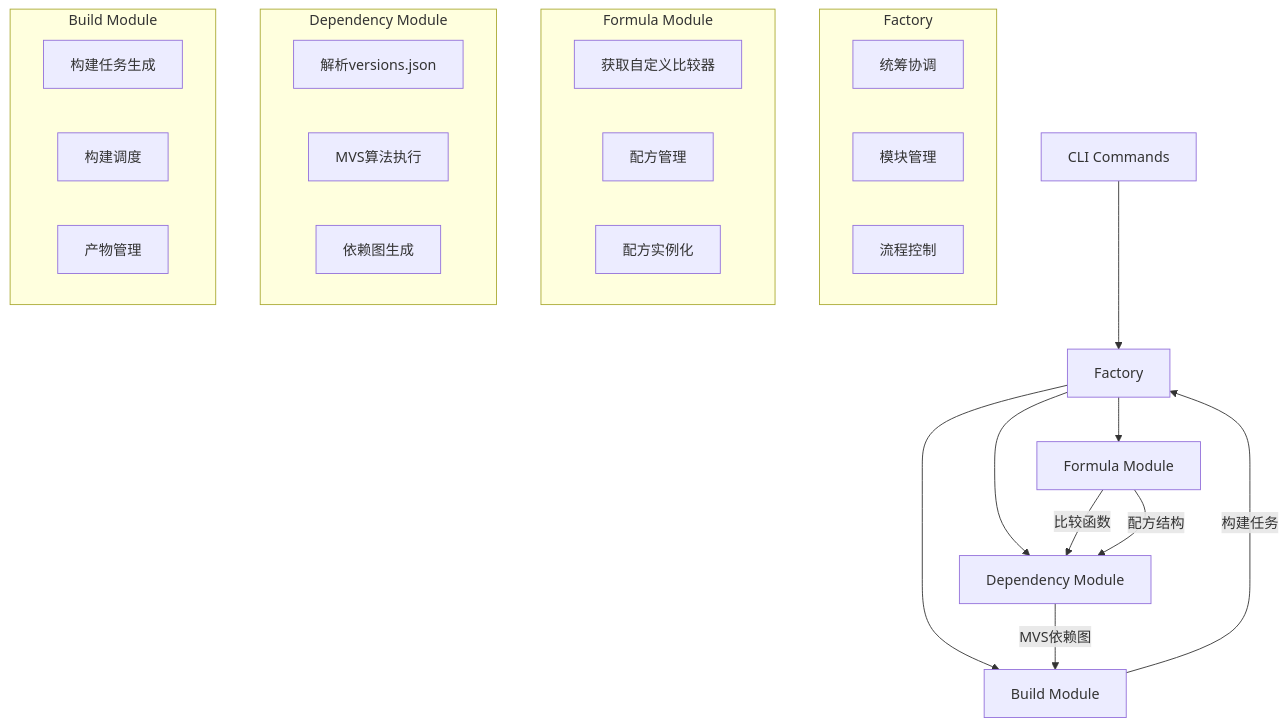
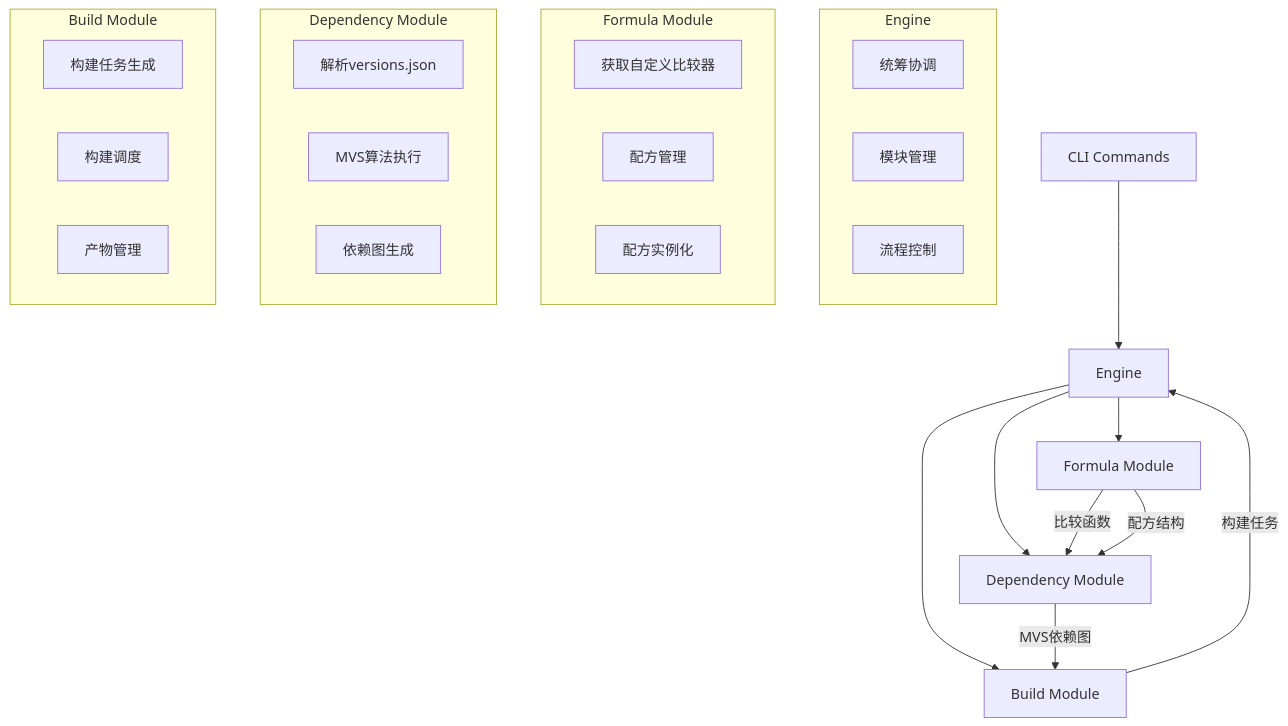
One commit to goplus/llar changed the first of 12 diagrams in docs/technical-design-complete.md. Above: the diagram before and after it, drawn with Mermaid. The commit also changed other lines of this file and 2 other files, not shown here.

````diff
--- a/docs/technical-design-complete.md
+++ b/docs/technical-design-complete.md
@@ -9,37 +9,37 @@
 ```mermaid
 graph TD
-A[CLI Commands] --> E[Factory]
+A[CLI Commands] --> E[Engine]
 
 E --> F[Formula Module]
 E --> D[Dependency Module]
 E --> B[Build Module]
 
 F --> |比较函数| D
 F --> |配方结构| D
 D --> |MVS依赖图| B
 B --> |构建任务| E
 
-subgraph "Factory"
+subgraph "Engine"
     E1[统筹协调]
     E2[模块管理]
     E3[流程控制]
 end
 
 subgraph "Formula Module"
     F1[获取自定义比较器]
     F2[配方管理]
     F3[配方实例化]
 end
 
 subgraph "Dependency Module"
     D1[解析versions.json]
     D2[MVS算法执行]
     D3[依赖图生成]
 end
 
 subgraph "Build Module"
     B1[构建任务生成]
     B2[构建调度]
     B3[产物管理]
 end
 ```
````
